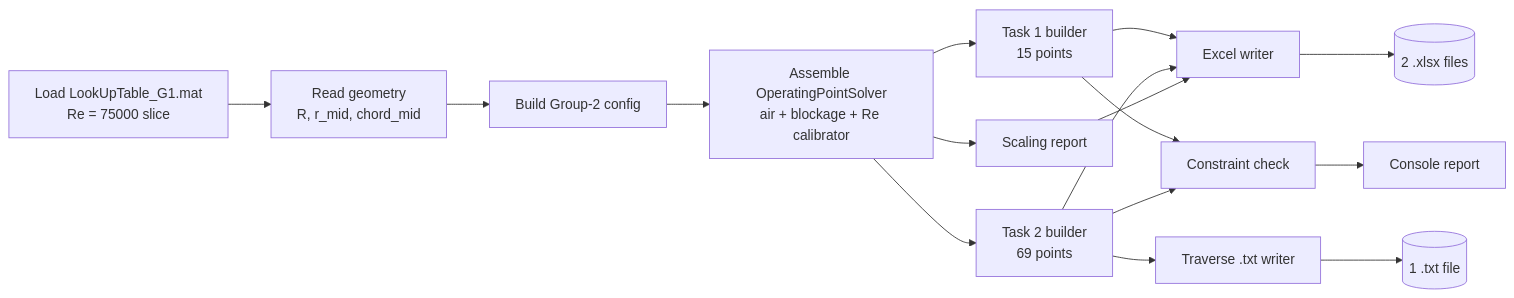
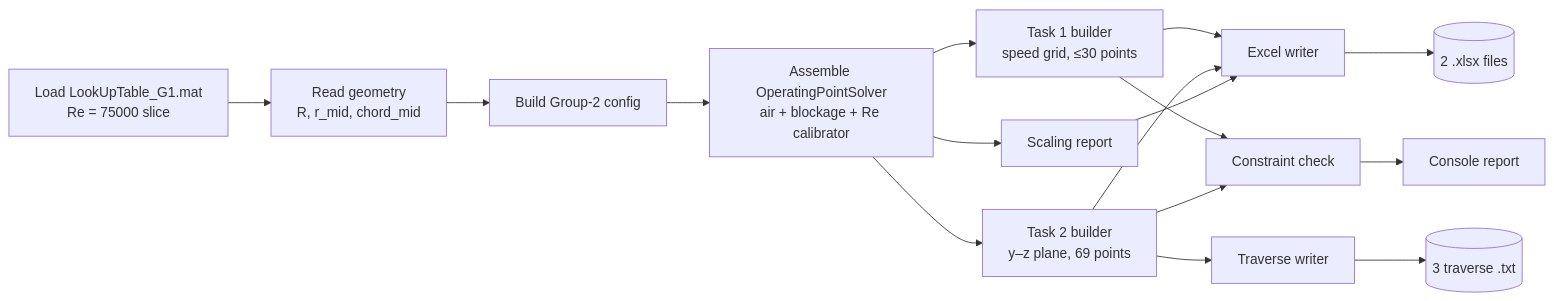
Before and after one commit to GeorgeLeatherby/wind-tunnel-testing: the second of 2 diagrams in README.md, drawn with Mermaid. The commit also changed other lines of this file and 13 other files, not shown here.

````diff
--- a/README.md
+++ b/README.md
@@ -237,18 +241,18 @@
 ```mermaid
 flowchart LR
     A[Load LookUpTable_G1.mat<br/>Re = 75000 slice] --> B[Read geometry<br/>R, r_mid, chord_mid]
     B --> C[Build Group-2 config]
     C --> D[Assemble OperatingPointSolver<br/>air + blockage + Re calibrator]
-    D --> E1[Task 1 builder<br/>15 points]
-    D --> E2[Task 2 builder<br/>69 points]
+    D --> E1[Task 1 builder<br/>speed grid, ≤30 points]
+    D --> E2[Task 2 builder<br/>y–z plane, 69 points]
     E1 --> F[Excel writer]
     E2 --> F
-    E2 --> TW[Traverse .txt writer]
+    E2 --> TWR[Traverse writer]
     D --> G[Scaling report]
     G --> F
     E1 --> H[Constraint check]
     E2 --> H
     F --> I[(2 .xlsx files)]
-    TW --> K[(1 .txt file)]
+    TWR --> K[(3 traverse .txt)]
     H --> J[Console report]
 ```
````
